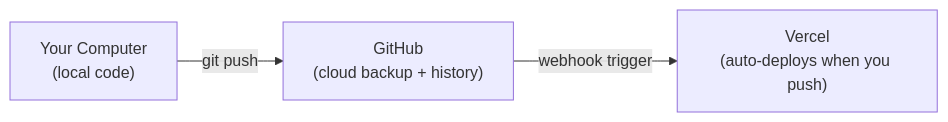
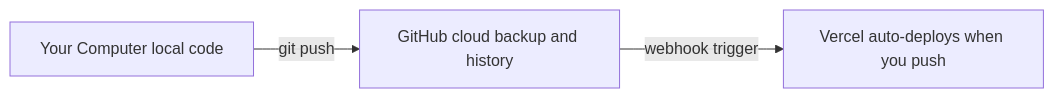
The first of 6 diagrams in learning/05-github.md (wongjinar-ai/expample), drawn with Mermaid before and after one commit. The commit also changed other lines of this file and 16 other files, not shown here.

````diff
--- a/learning/05-github.md
+++ b/learning/05-github.md
@@ -9,9 +9,9 @@
 ```mermaid
-graph LR
-    Local["Your Computer\n(local code)"]
-    GitHub["GitHub\n(cloud backup + history)"]
-    Vercel["Vercel\n(auto-deploys when you push)"]
+flowchart LR
+    Local[Your Computer local code]
+    GitHub[GitHub cloud backup and history]
+    Vercel[Vercel auto-deploys when you push]
 
     Local -->|"git push"| GitHub
     GitHub -->|"webhook trigger"| Vercel
 ```
````
